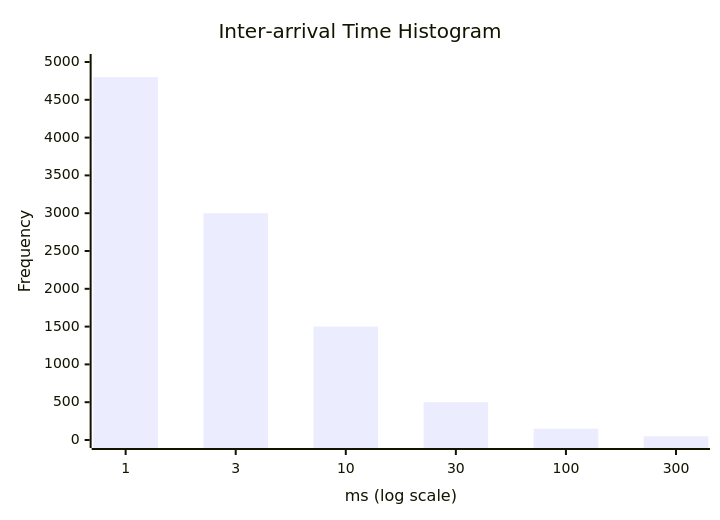
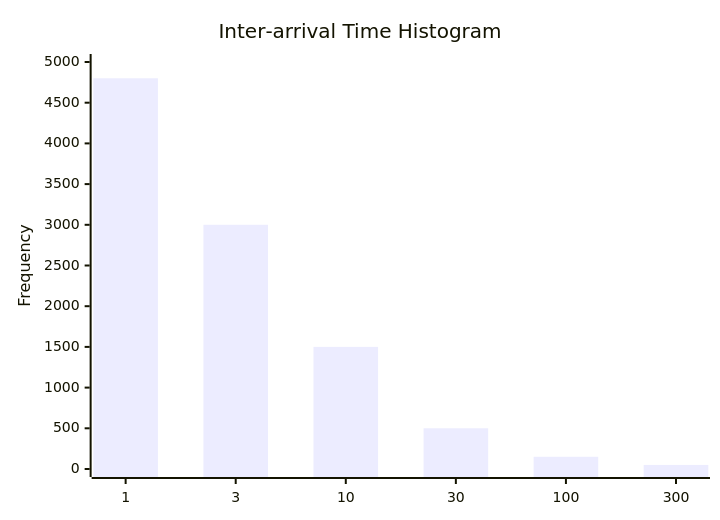
One commit to Shahriarin2garden/vllm_from_scratch changed diagram 17 of 50 in lab0.4/README.md. Above: the diagram before and after it, drawn with Mermaid. The commit also changed other lines of this file, not shown here.

Commit message:
Update x-axis labels and improve diagram configurations in README.md for better clarity

````diff
--- a/lab0.4/README.md
+++ b/lab0.4/README.md
@@ -548,7 +554,7 @@
 ```mermaid
 xychart-beta
     title "Inter‑arrival Time Histogram"
-    x-axis "ms (log scale)" [1,3,10,30,100,300]
+    x-axis [1, 3, 10, 30, 100, 300]
     y-axis "Frequency" 0 --> 5000
     bar [4800, 3000, 1500, 500, 150, 50]
 ```
````
